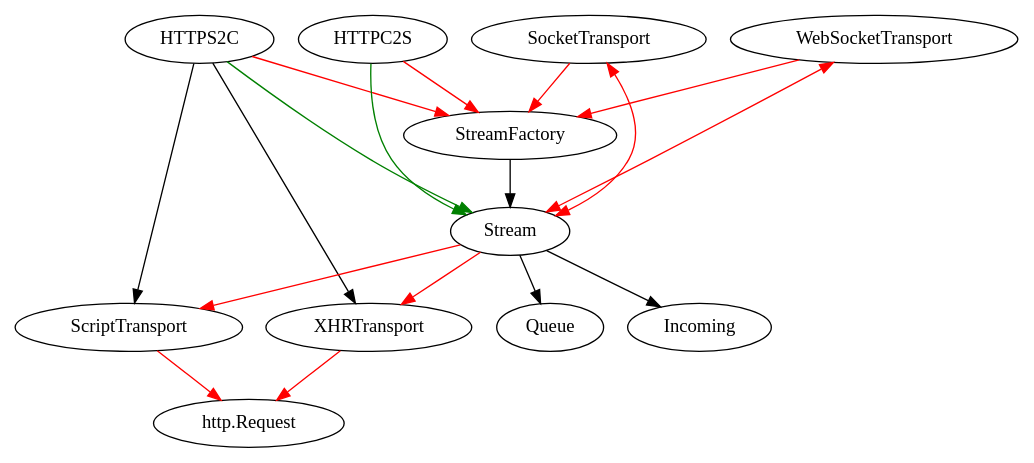
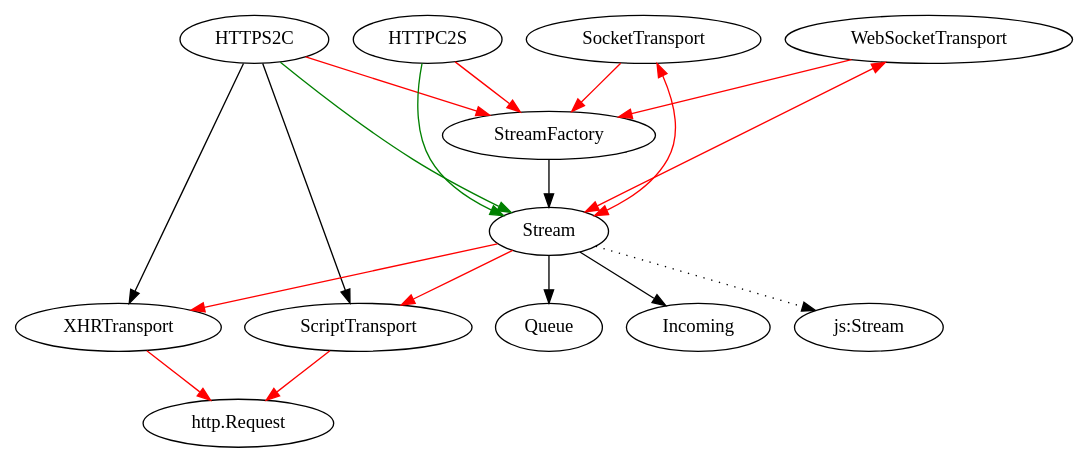
The diagram in docs/object_layout.dot (ludiosarchive/Minerva), drawn with Graphviz before and after one commit. The commit also changed 1 other file, not shown here.

Commit message:
work on JS code; update .dot file to mention js:Stream

```diff
--- a/docs/object_layout.dot
+++ b/docs/object_layout.dot
@@ -1,27 +1,28 @@
 /*
 
 Black arrow means "I instantiate this class (and possibly keep references to it)
 Red arrow means "I keep references to an object of this class"
 Green arrow means "I call methods on an object of this class but do not keep references to it"
 
 */
 
 digraph objects {
   HTTPS2C -> StreamFactory [color=red];
   HTTPS2C -> ScriptTransport;
   HTTPS2C -> Stream [color=green];
   HTTPS2C -> XHRTransport;
   HTTPC2S -> StreamFactory [color=red];
   HTTPC2S -> Stream [color=green];
   SocketTransport -> StreamFactory [color=red];
   SocketTransport -> Stream [color=red, dir=both];
   WebSocketTransport -> StreamFactory [color=red];
   WebSocketTransport -> Stream [color=red, dir=both];
   XHRTransport -> "http.Request" [color=red];
   ScriptTransport -> "http.Request" [color=red];
   Stream -> ScriptTransport [color=red];
   Stream -> XHRTransport [color=red];
   StreamFactory -> Stream;
   Stream -> Queue;
   Stream -> Incoming;
+  Stream -> "js:Stream" [style=dotted];
 }
```
